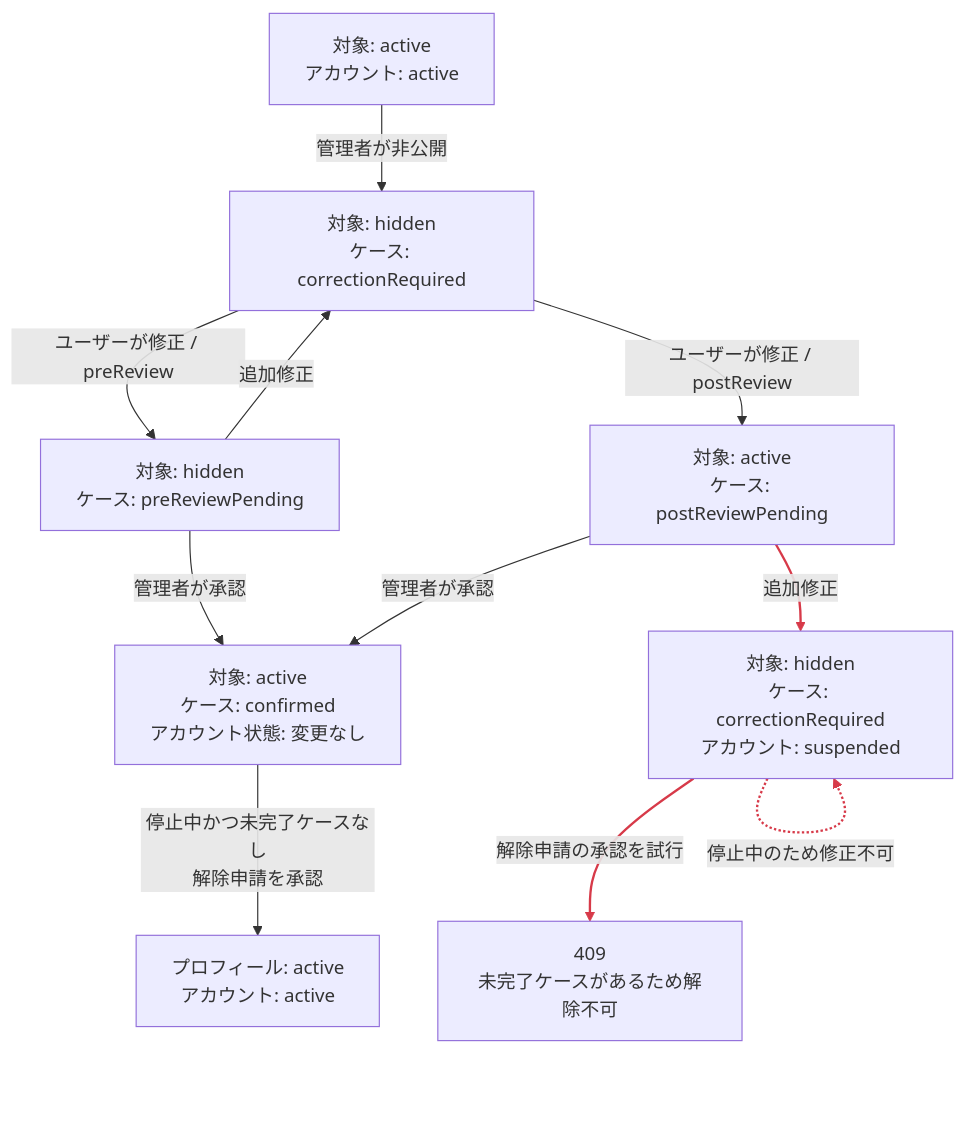
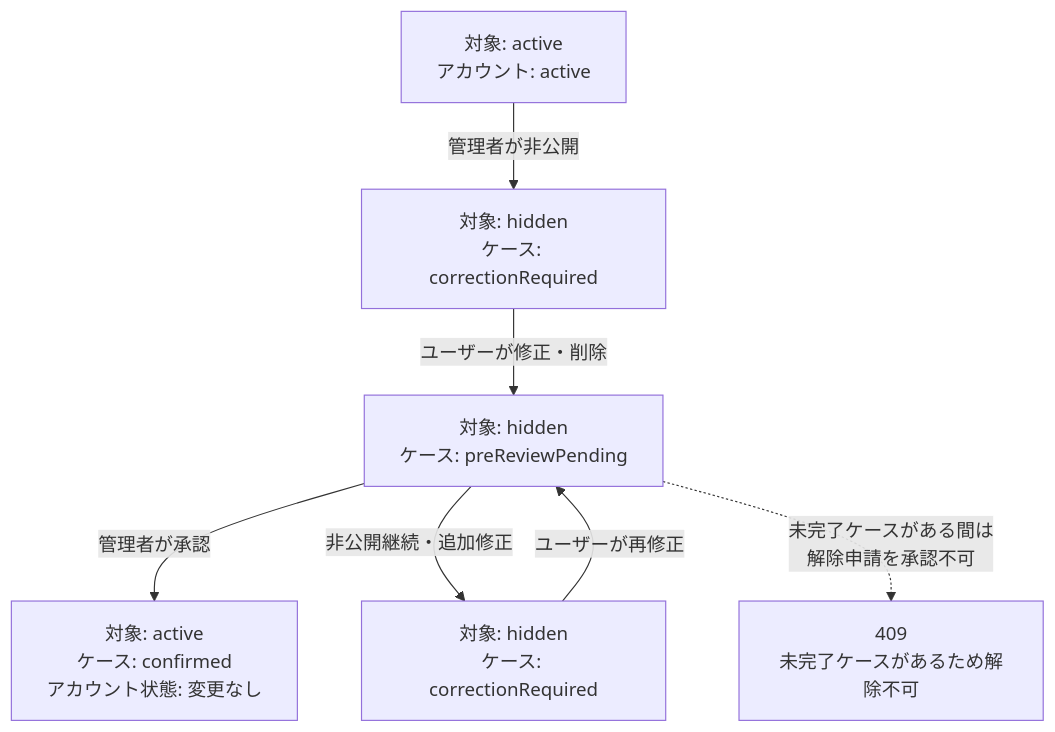
Before and after one commit to gp-kobayashi/oto_meishi: the first of 2 diagrams in docs/admin-moderation.md, drawn with Mermaid. The commit also changed other lines of this file and 1 other file, not shown here.

````diff
--- a/docs/admin-moderation.md
+++ b/docs/admin-moderation.md
@@ -107,24 +107,16 @@
 ```mermaid
 flowchart TD
     A["対象: active<br/>アカウント: active"]
     B["対象: hidden<br/>ケース: correctionRequired"]
     C["対象: hidden<br/>ケース: preReviewPending"]
-    D["対象: active<br/>ケース: postReviewPending"]
-    E["対象: active<br/>ケース: confirmed<br/>アカウント状態: 変更なし"]
-    F["対象: hidden<br/>ケース: correctionRequired<br/>アカウント: suspended"]
-    G["プロフィール: active<br/>アカウント: active"]
-    H["409<br/>未完了ケースがあるため解除不可"]
+    D["対象: active<br/>ケース: confirmed<br/>アカウント状態: 変更なし"]
+    E["対象: hidden<br/>ケース: correctionRequired"]
+    F["409<br/>未完了ケースがあるため解除不可"]
 
     A -->|"管理者が非公開"| B
-    B -->|"ユーザーが修正 / preReview"| C
-    B -->|"ユーザーが修正 / postReview"| D
-    C -->|"管理者が承認"| E
-    C -->|"追加修正"| B
-    D -->|"管理者が承認"| E
-    D -->|"追加修正"| F
-    F -->|"解除申請の承認を試行"| H
-    F -.->|"停止中のため修正不可"| F
-    E -->|"停止中かつ未完了ケースなし<br/>解除申請を承認"| G
-
-    linkStyle 6,7,8 stroke:#d73a49,stroke-width:2px
+    B -->|"ユーザーが修正・削除"| C
+    C -->|"管理者が承認"| D
+    C -->|"非公開継続・追加修正"| E
+    E -->|"ユーザーが再修正"| C
+    C -.->|"未完了ケースがある間は<br/>解除申請を承認不可"| F
 ```
````
